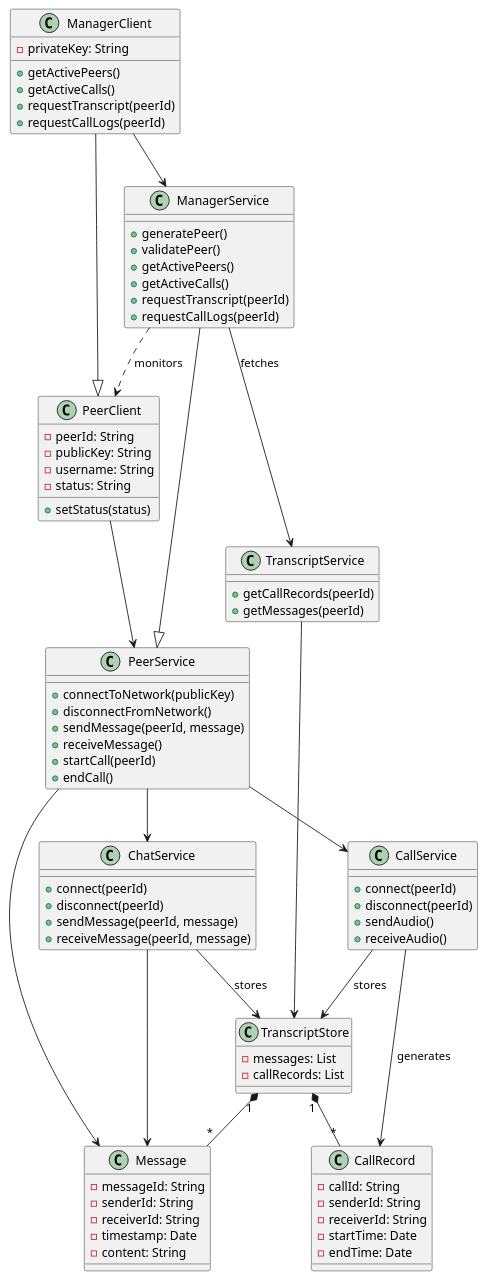
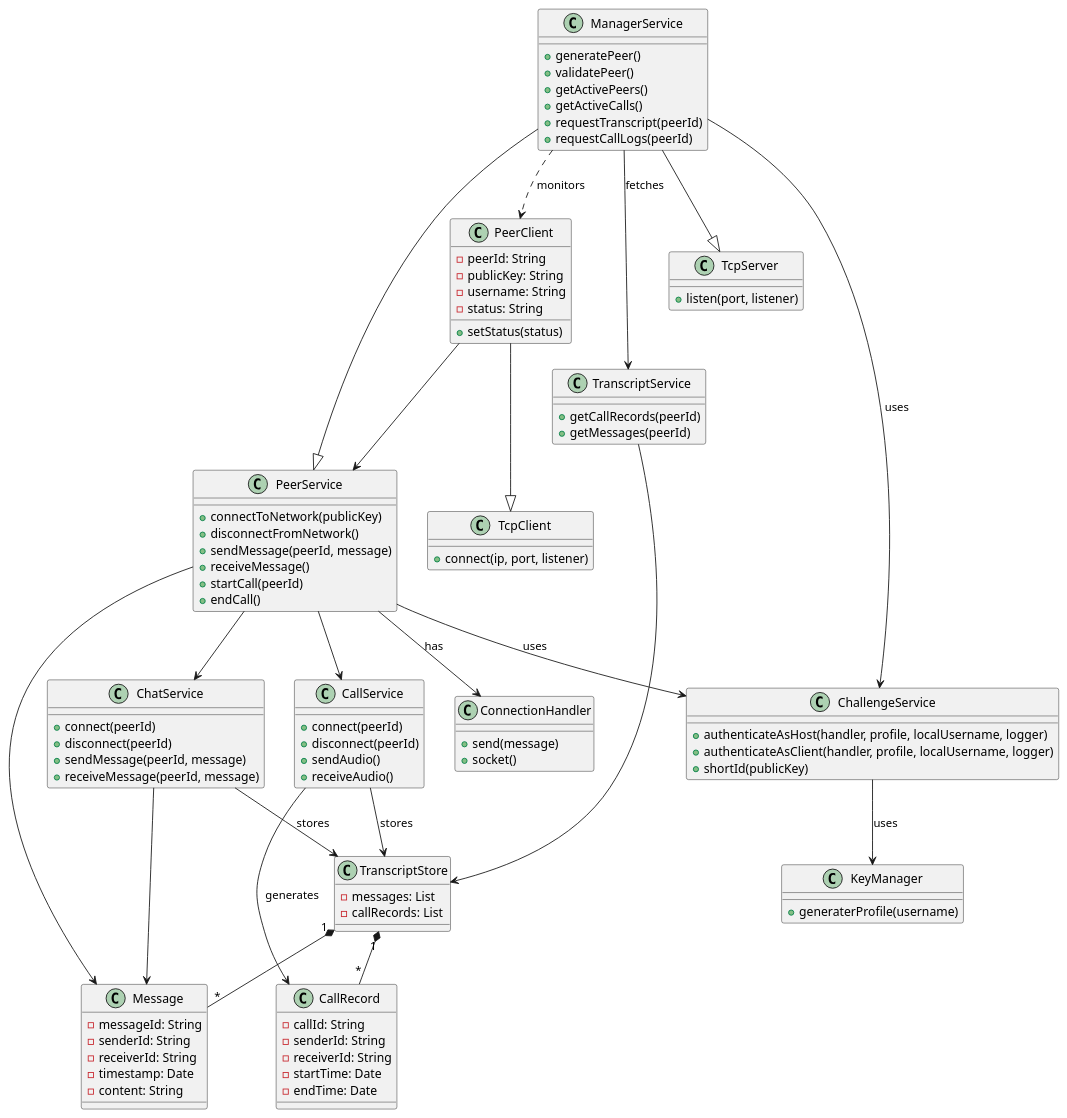
One commit to blademeld/COSC3506_Group_Project changed the diagram in DOCS/UML/PlantUML/classDiagram.puml. Above: the diagram before and after it, drawn with PlantUML. The commit also changed 2 other files, not shown here.

Commit message:
update diagram

```diff
--- a/DOCS/UML/PlantUML/classDiagram.puml
+++ b/DOCS/UML/PlantUML/classDiagram.puml
@@ -1,105 +1,125 @@
 @startuml
+
+class TcpClient {
+  + connect(ip, port, listener)
+}
+
+class TcpServer {
+  + listen(port, listener)
+}
 
 class PeerClient {
   - peerId: String
   - publicKey: String
   - username: String
   - status: String
   + setStatus(status)
 }
 
 class PeerService {
   + connectToNetwork(publicKey)
   + disconnectFromNetwork()
   + sendMessage(peerId, message)
   + receiveMessage()
   + startCall(peerId)
   + endCall()
 }
 
-class ManagerClient {
-  - privateKey: String
-  + getActivePeers()
-  + getActiveCalls()
-  + requestTranscript(peerId)
-  + requestCallLogs(peerId)
-}
-
 class ManagerService {
   + generatePeer()
   + validatePeer()
   + getActivePeers()
   + getActiveCalls()
   + requestTranscript(peerId)
   + requestCallLogs(peerId)
+}
+
+class ChallengeService {
+  + authenticateAsHost(handler, profile, localUsername, logger)
+  + authenticateAsClient(handler, profile, localUsername, logger)
+  + shortId(publicKey)
+}
+
+class KeyManager {
+  + generaterProfile(username)
+}
+
+class ConnectionHandler {
+  + send(message)
+  + socket()
 }
 
 class Message {
   - messageId: String
   - senderId: String
   - receiverId: String
   - timestamp: Date
   - content: String
 }
 
 class CallRecord {
   - callId: String
   - senderId: String
   - receiverId: String
   - startTime: Date
   - endTime: Date
 }
 
 class TranscriptService {
   + getCallRecords(peerId)
   + getMessages(peerId)
 }
 
 class ChatService {
   + connect(peerId)
   + disconnect(peerId)
   + sendMessage(peerId, message)
   + receiveMessage(peerId, message)
 }
 
 class CallService {
   + connect(peerId)
   + disconnect(peerId)
   + sendAudio()
   + receiveAudio()
 }
 
 class TranscriptStore {
   - messages: List
   - callRecords: List
 }
 
 ' Inheritance
-ManagerClient --|> PeerClient
 ManagerService --|> PeerService
+ManagerService --|> TcpServer
 
 ' Client-Service relationships
 PeerClient --> PeerService
-ManagerClient --> ManagerService
+PeerClient --|> TcpClient
 
 ' Peer communication
 PeerService --> ChatService
 PeerService --> CallService
 PeerService --> Message
+PeerService --> ChallengeService : uses
+PeerService --> ConnectionHandler : has
 
 ChatService --> Message
 CallService --> CallRecord : generates
+
+ChallengeService --> KeyManager : uses
 
 ' Transcript storage
 ChatService --> TranscriptStore : stores
 CallService --> TranscriptStore : stores
 
 TranscriptService --> TranscriptStore
 TranscriptStore "1" *-- "*" Message
 TranscriptStore "1" *-- "*" CallRecord
 
 ' Manager monitoring
+ManagerService --> ChallengeService : uses
 ManagerService --> TranscriptService : fetches
 ManagerService ..> PeerClient : monitors
 
 @enduml
```
